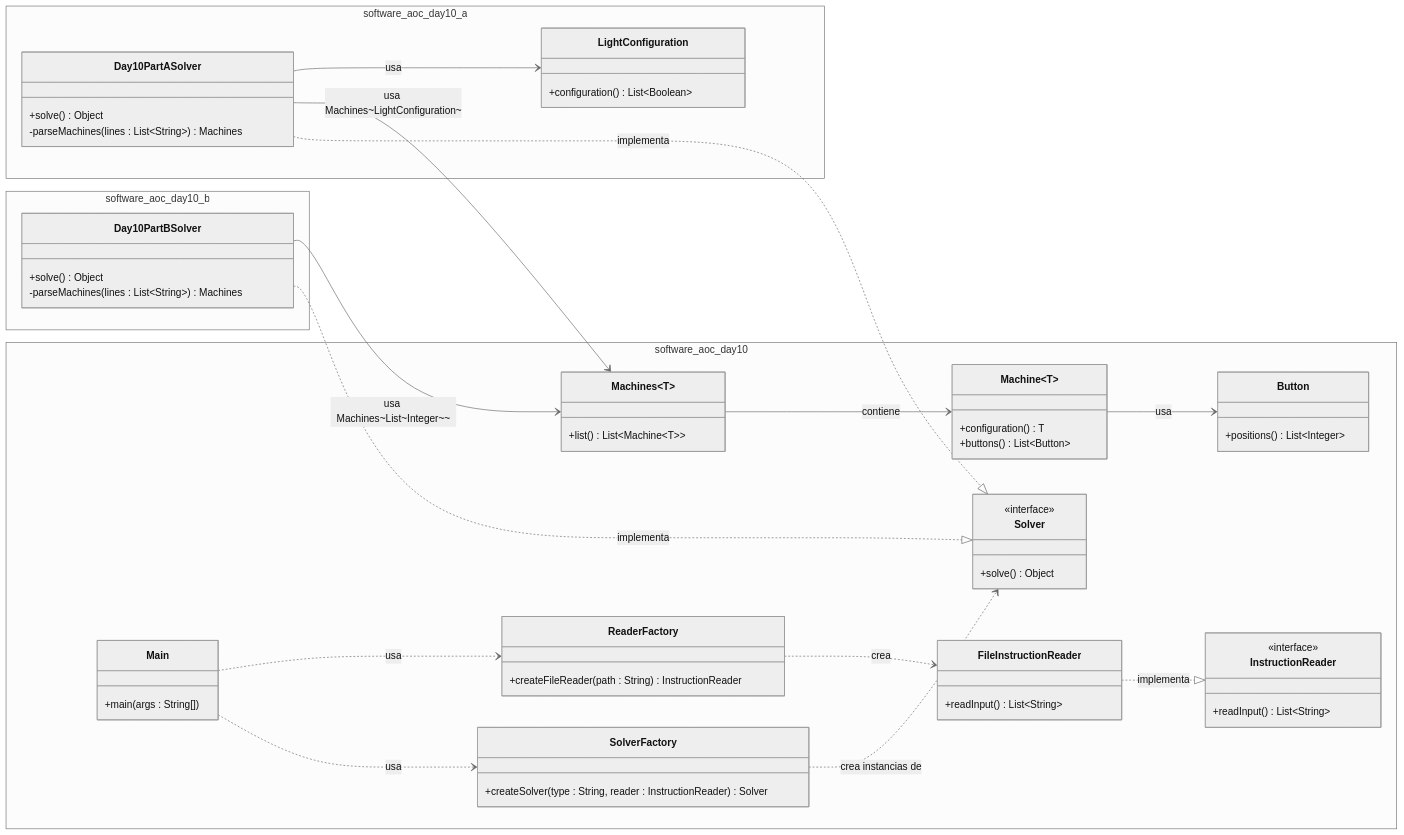
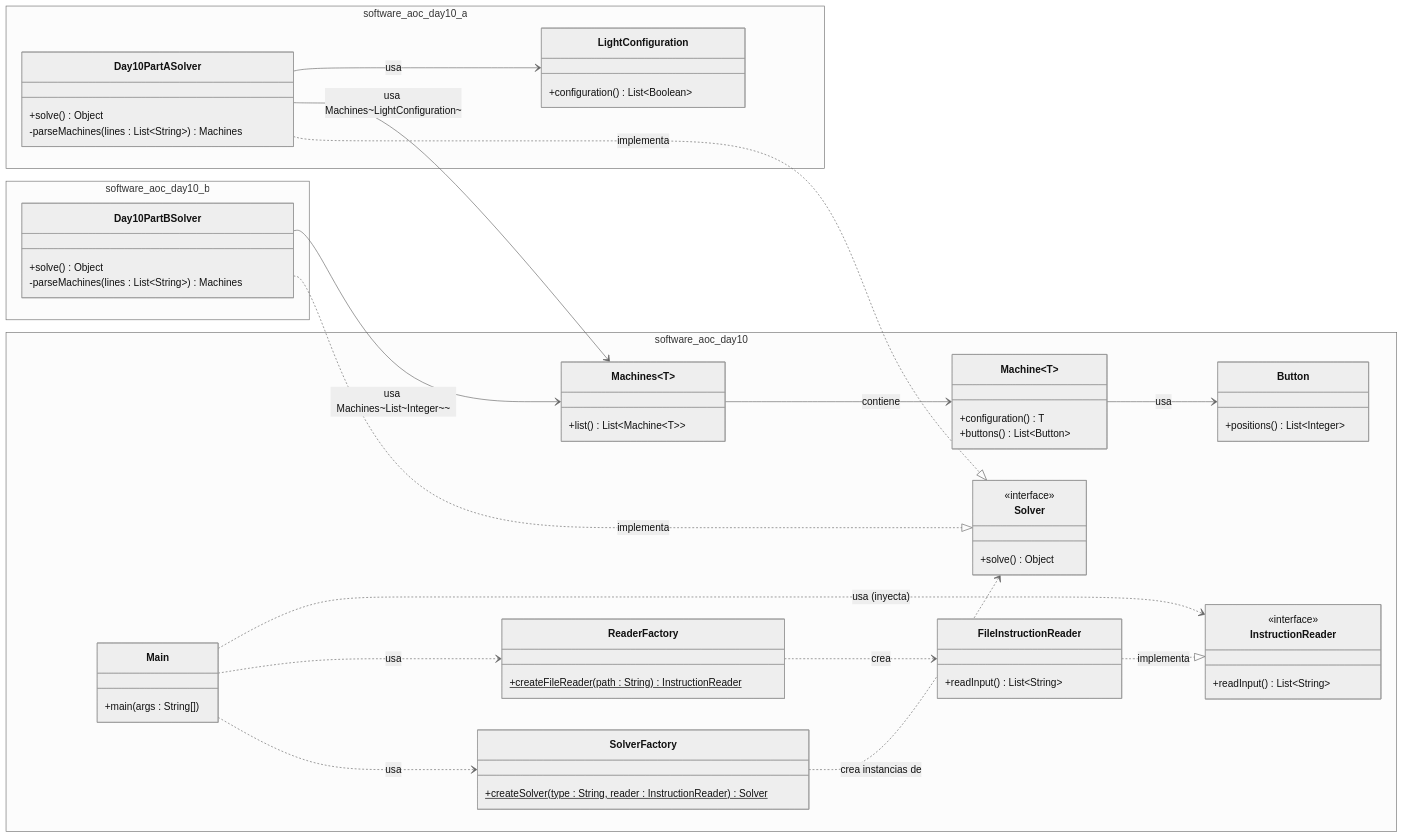
The diagram in src/main/java/software/aoc/day10/README.md (Carlossr2401/AOC2025), drawn with Mermaid (neutral theme) before and after one commit. The commit also changed other lines of this file and 53 other files, not shown here.

```diff
--- a/src/main/java/software/aoc/day10/README.md
+++ b/src/main/java/software/aoc/day10/README.md
@@ -32,11 +32,11 @@
         }
 
         class SolverFactory {
-            +createSolver(type : String, reader : InstructionReader) Solver
+            +createSolver(type : String, reader : InstructionReader) Solver$
         }
 
         class ReaderFactory {
-            +createFileReader(path : String) InstructionReader
+            +createFileReader(path : String) InstructionReader$
         }
 
         class Machines~T~ {
@@ -76,6 +76,7 @@
     %% Relaciones Principales
     Main ..> SolverFactory : usa
     Main ..> ReaderFactory : usa
+    Main ..> InstructionReader : usa (inyecta)
     SolverFactory ..> Solver : crea instancias de
     ReaderFactory ..> FileInstructionReader : crea
 
```
